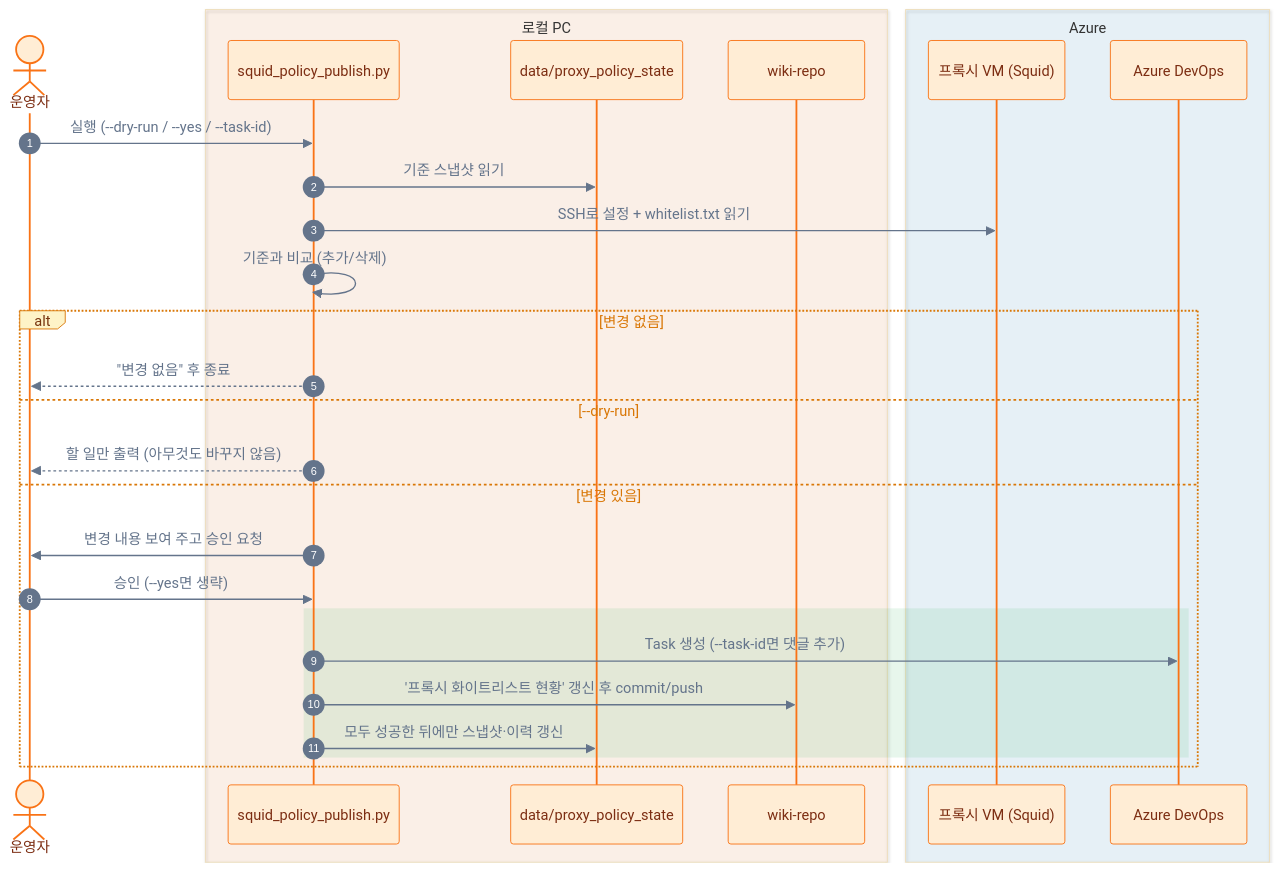
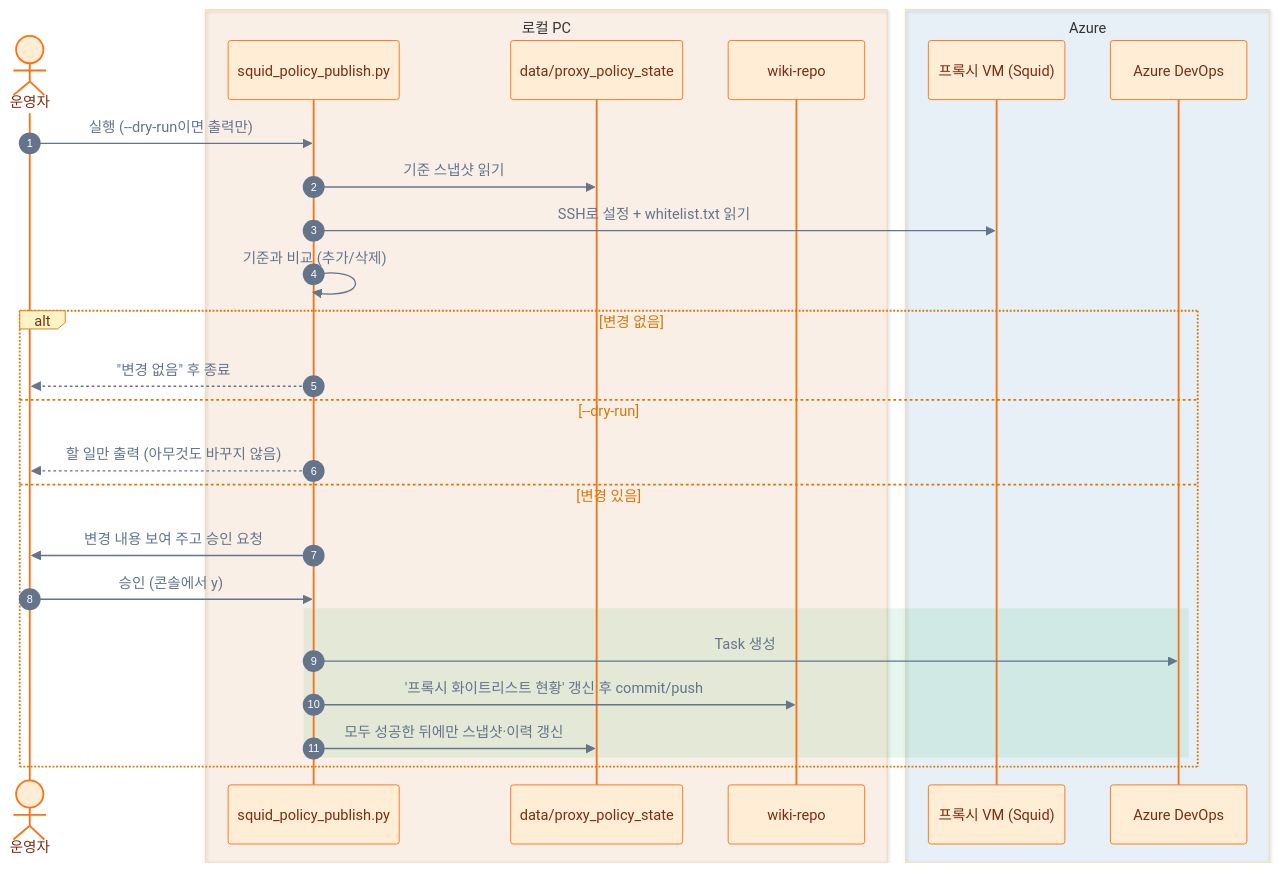
Before and after one commit to pcmola/ai-master: the eighth of 10 diagrams in README.md, drawn with Mermaid. The commit also changed other lines of this file and 4 other files, not shown here.

````diff
--- a/README.md
+++ b/README.md
@@ -644,33 +644,33 @@
 ```mermaid
 %%{init: {"theme": "base", "themeVariables": {"actorBkg": "#FFEDD5", "actorBorder": "#F97316", "actorTextColor": "#7C2D12", "actorLineColor": "#F97316", "signalColor": "#64748B", "signalTextColor": "#64748B", "labelBoxBkgColor": "#FEF3C7", "labelBoxBorderColor": "#D97706", "labelTextColor": "#78350F", "loopTextColor": "#D97706", "sequenceNumberColor": "#FFFFFF", "noteBkgColor": "#FEF9C3"}}}%%
 sequenceDiagram
     autonumber
     actor 운영자
     box rgba(249, 115, 22, 0.08) 로컬 PC
         participant P as squid_policy_publish.py
         participant S as data/proxy_policy_state
         participant W as wiki-repo
     end
     box rgba(2, 132, 199, 0.08) Azure
         participant VM as 프록시 VM (Squid)
         participant D as Azure DevOps
     end
 
-    운영자->>P: 실행 (--dry-run / --yes / --task-id)
+    운영자->>P: 실행 (--dry-run이면 출력만)
     P->>S: 기준 스냅샷 읽기
     P->>VM: SSH로 설정 + whitelist.txt 읽기
     P->>P: 기준과 비교 (추가/삭제)
     alt 변경 없음
         P-->>운영자: "변경 없음" 후 종료
     else --dry-run
         P-->>운영자: 할 일만 출력 (아무것도 바꾸지 않음)
     else 변경 있음
         P->>운영자: 변경 내용 보여 주고 승인 요청
-        운영자->>P: 승인 (--yes면 생략)
+        운영자->>P: 승인 (콘솔에서 y)
         rect rgba(22, 163, 74, 0.1)
-            P->>D: Task 생성 (--task-id면 댓글 추가)
+            P->>D: Task 생성
             P->>W: '프록시 화이트리스트 현황' 갱신 후 commit/push
             P->>S: 모두 성공한 뒤에만 스냅샷·이력 갱신
         end
     end
 ```
````
